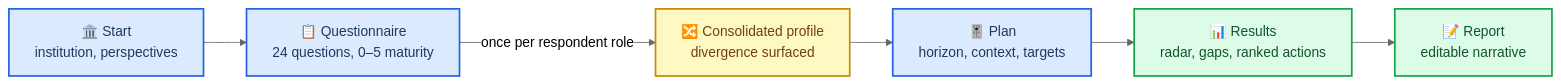
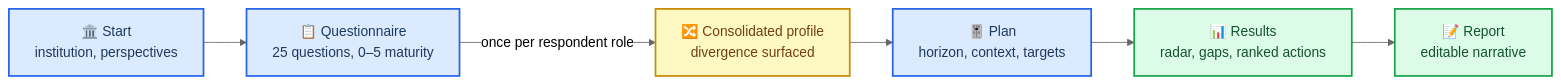
Before and after one commit to rijdho/coara-action-planner: the diagram in README.md, drawn with Mermaid (neutral theme). The commit also changed other lines of this file and 8 other files, not shown here.

````diff
--- a/README.md
+++ b/README.md
@@ -37,24 +37,24 @@
 ```mermaid
 flowchart LR
     accTitle: The five steps of an assessment
-    accDescr: Start names the institution and sets up one perspective per respondent role. Each perspective answers the same 24-question questionnaire, and the tool consolidates the answers into one profile while surfacing where the readings diverge. Plan applies optional tuning, Results scores maturity and ranks actions, and Report drafts an editable action-plan narrative.
+    accDescr: Start names the institution and sets up one perspective per respondent role. Each perspective answers the same 25-question questionnaire, and the tool consolidates the answers into one profile while surfacing where the readings diverge. Plan applies optional tuning, Results scores maturity and ranks actions, and Report drafts an editable action-plan narrative.
 
     start["🏛️ Start<br/>institution, perspectives"]
-    questionnaire["📋 Questionnaire<br/>24 questions, 0–5 maturity"]
+    questionnaire["📋 Questionnaire<br/>25 questions, 0–5 maturity"]
     consolidated["🔀 Consolidated profile<br/>divergence surfaced"]
     plan["🎚️ Plan<br/>horizon, context, targets"]
     results["📊 Results<br/>radar, gaps, ranked actions"]
     report["📝 Report<br/>editable narrative"]
 
     start --> questionnaire
     questionnaire -->|"once per respondent role"| consolidated
     consolidated --> plan --> results --> report
 
     classDef input fill:#dbeafe,stroke:#2563eb,stroke-width:2px,color:#1e3a5f
     classDef derived fill:#fef9c3,stroke:#ca8a04,stroke-width:2px,color:#713f12
     classDef output fill:#dcfce7,stroke:#16a34a,stroke-width:2px,color:#14532d
 
     class start,questionnaire,plan input
     class consolidated derived
     class results,report output
 ```
````
